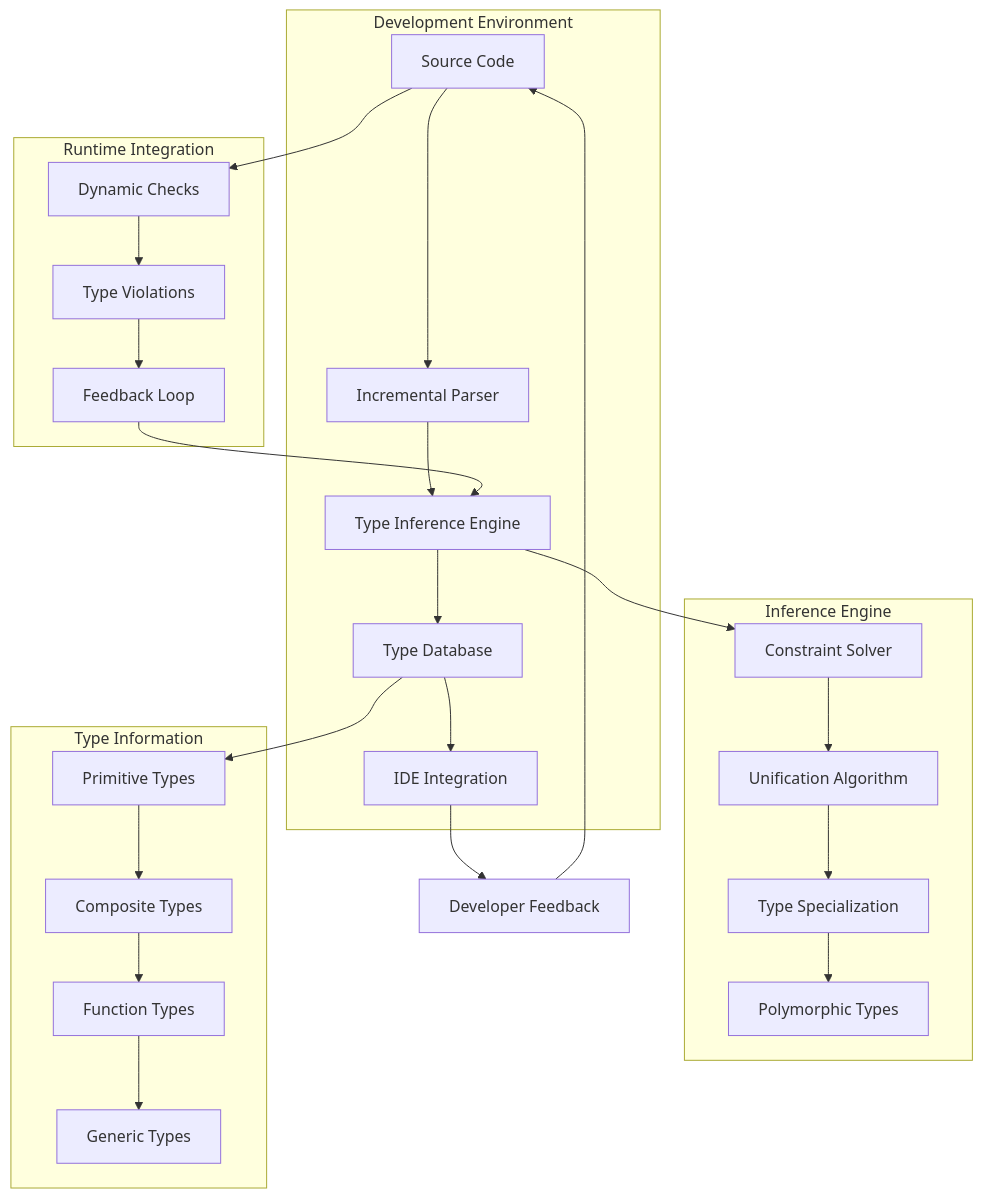
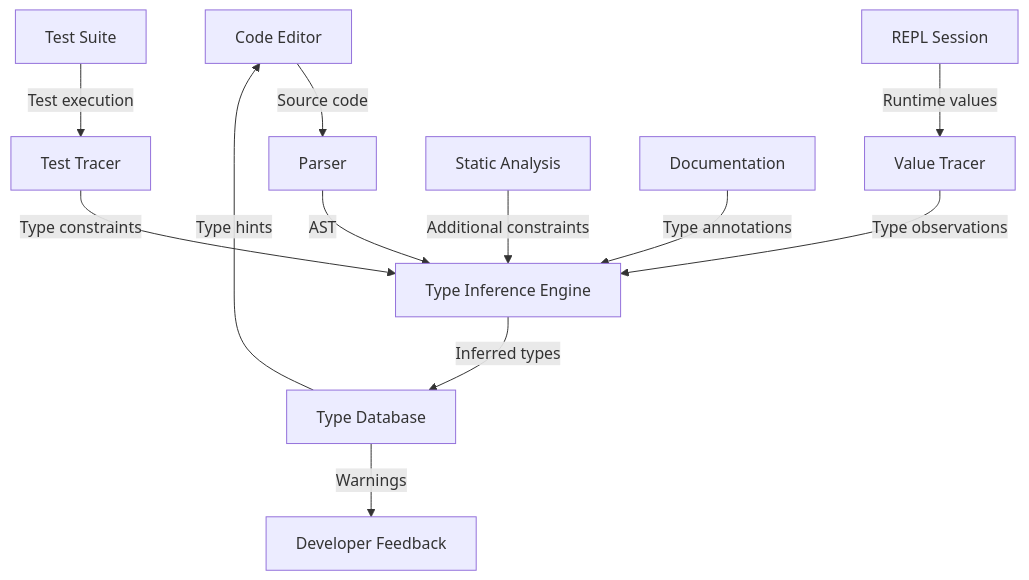
One commit to aygp-dr/els2026-lightning-talks changed the third of 5 diagrams in TALKS.org. Above: the diagram before and after it, drawn with Mermaid. The commit also changed other lines of this file and 24 other files, not shown here.

```diff
--- a/TALKS.org
+++ b/TALKS.org
@@ -519,34 +439,18 @@
-#+BEGIN_SRC mermaid :file images/incremental-type-system.png :exports both
+#+BEGIN_SRC mermaid :file presentations/03-incremental-types/slides/type-learning.png :exports both
 graph TD
-    subgraph "Development Environment"
-        A[Source Code] --> B[Incremental Parser]
-        B --> C[Type Inference Engine]
-        C --> D[Type Database]
-        D --> E[IDE Integration]
-    end
+    A[Code Editor] -->|Source code| B[Parser]
+    B -->|AST| C[Type Inference Engine]
     
-    subgraph "Inference Engine"
-        F[Constraint Solver] --> G[Unification Algorithm]
-        G --> H[Type Specialization]
-        H --> I[Polymorphic Types]
-    end
+    D[REPL Session] -->|Runtime values| E[Value Tracer]
+    E -->|Type observations| C
     
-    subgraph "Runtime Integration"  
-        J[Dynamic Checks] --> K[Type Violations]
-        K --> L[Feedback Loop]
-        L --> C
-    end
+    F[Test Suite] -->|Test execution| G[Test Tracer]
+    G -->|Type constraints| C
     
-    C --> F
-    A --> J
-    E --> M[Developer Feedback]
-    M --> A
+    C -->|Inferred types| H[Type Database]
+    H -->|Type hints| A
+    H -->|Warnings| I[Developer Feedback]
     
-    subgraph "Type Information"
-        N[Primitive Types] --> O[Composite Types]
-        O --> P[Function Types]
-        P --> Q[Generic Types]
-    end
-    
-    D --> N
+    J[Static Analysis] -->|Additional constraints| C
+    K[Documentation] -->|Type annotations| C
 #+END_SRC
```
